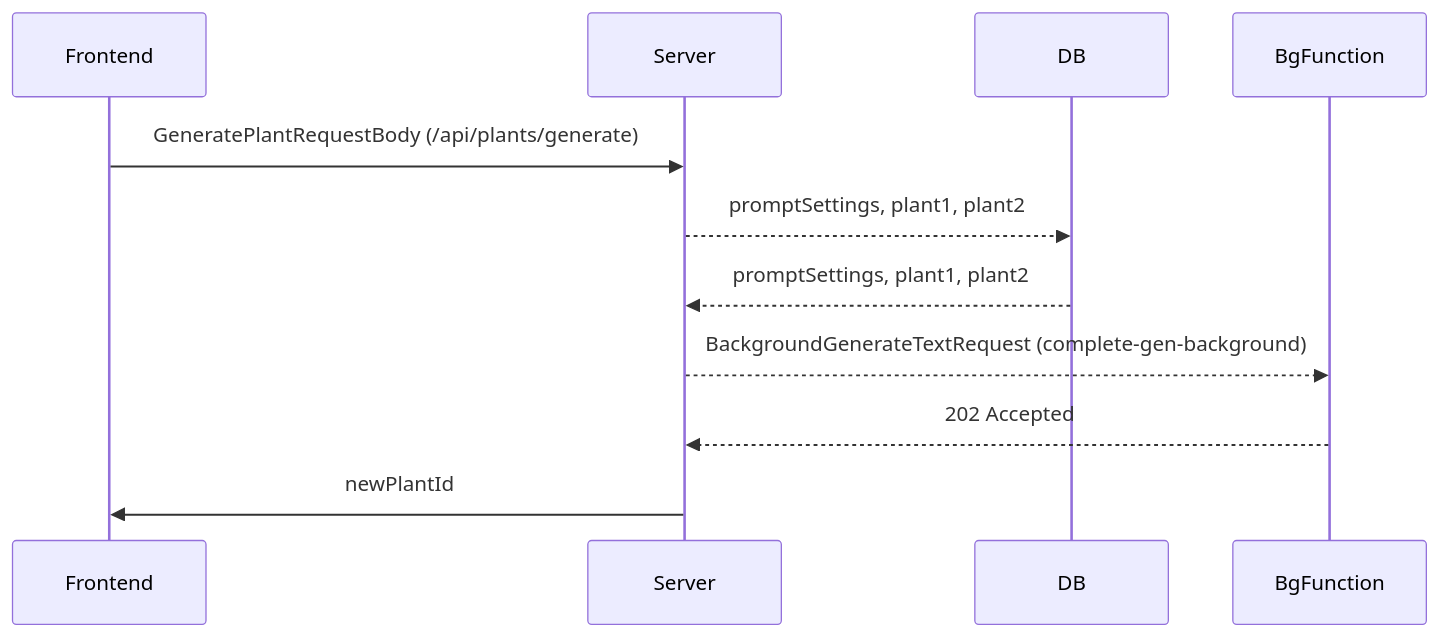
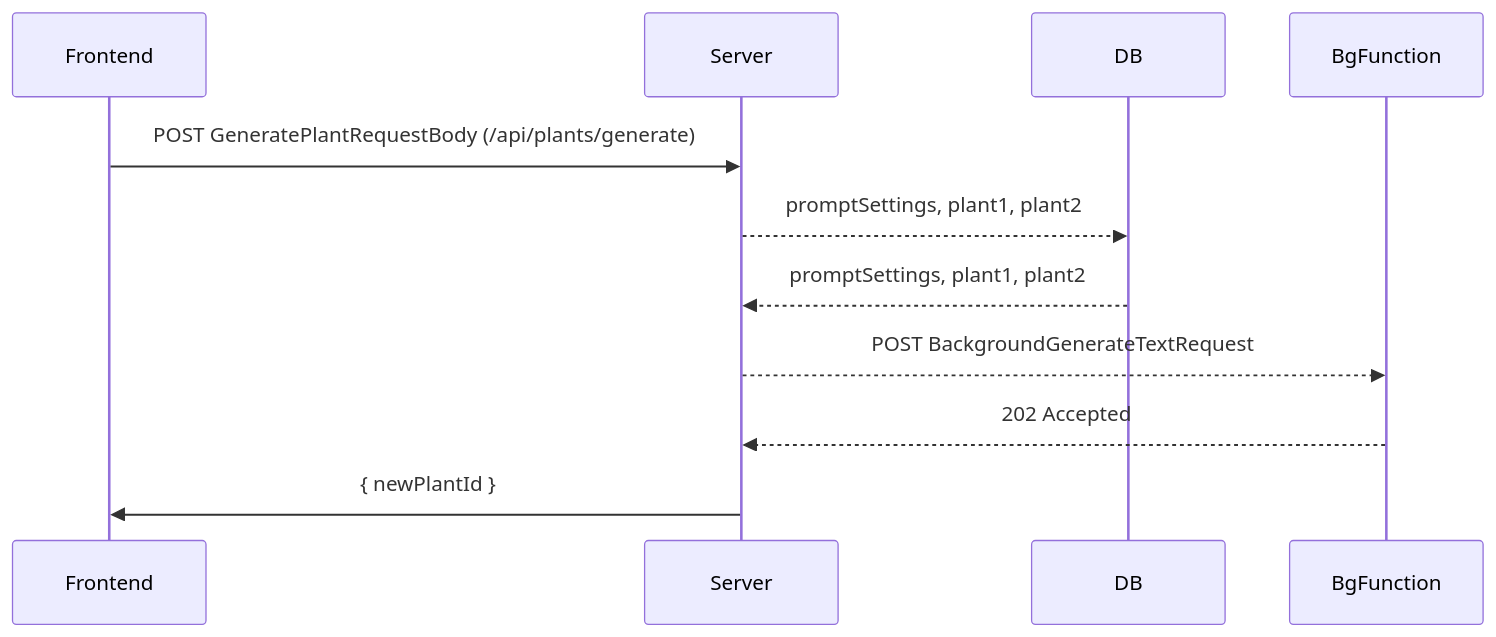
Before and after one commit to RandomStudio/large-language-trees: the first of 2 diagrams in README.md, drawn with Mermaid. The commit also changed other lines of this file and 1 other file, not shown here.

Commit message:
catch errors for plants/generate and document sequences

````diff
--- a/README.md
+++ b/README.md
@@ -87,9 +90,9 @@
 ```mermaid
 sequenceDiagram
-    Frontend->>Server: GeneratePlantRequestBody (/api/plants/generate)
+    Frontend->>Server: POST GeneratePlantRequestBody (/api/plants/generate)
     Server-->>DB: promptSettings, plant1, plant2
     DB-->>Server: promptSettings, plant1, plant2
-    Server-->>BgFunction: BackgroundGenerateTextRequest (complete-gen-background)
+    Server-->>BgFunction: POST BackgroundGenerateTextRequest
     BgFunction-->>Server: 202 Accepted
-    Server->>Frontend: newPlantId
+    Server->>Frontend: { newPlantId }
 ```
````
